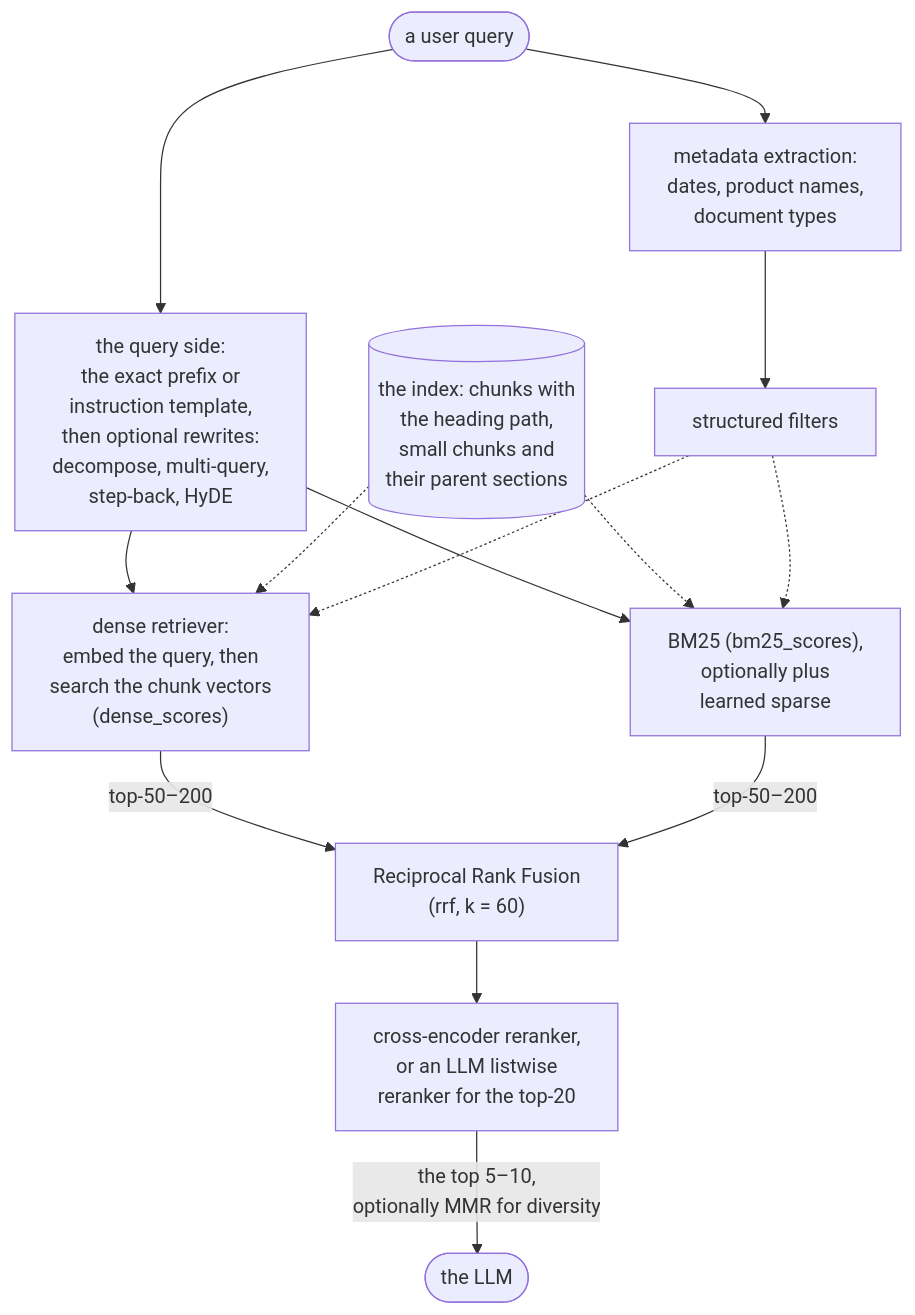
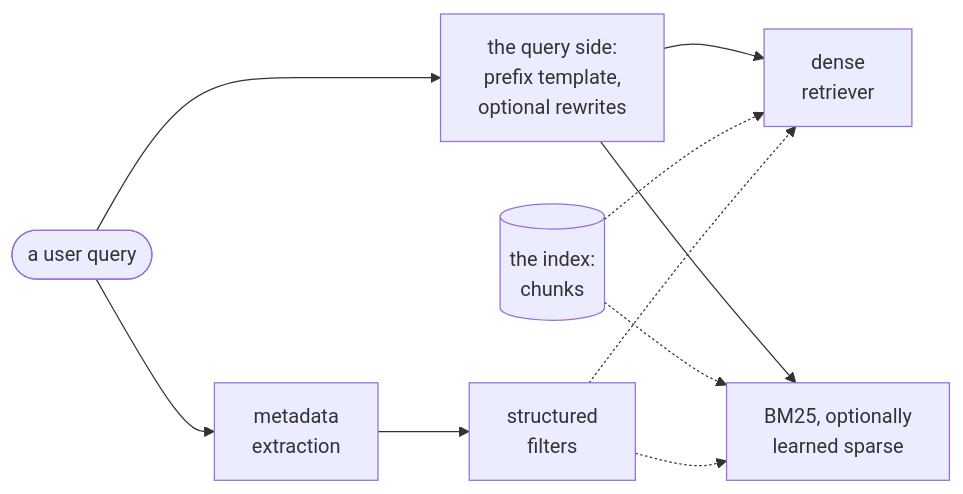
One commit to aniryou/full-stack-agentic-engineer changed the first of 2 diagrams in 07-application-agent-framework/retrieval-rag/embeddings-lab/docs/primer.md. Above: the diagram before and after it, drawn with Mermaid. The commit also changed other lines of this file and 633 other files, not shown here.

First line of the commit message:
Accessible language and one-screen figures, part 1: every figure fits a screen, the STE second pass over the layers (#53)

````diff
--- a/07-application-agent-framework/retrieval-rag/embeddings-lab/docs/primer.md
+++ b/07-application-agent-framework/retrieval-rag/embeddings-lab/docs/primer.md
@@ -468,17 +468,13 @@
 ```mermaid
-flowchart TB
-  Q([a user query]) --> T["the query side:<br/>the exact prefix or<br/>instruction template,<br/>then optional rewrites:<br/>decompose, multi-query,<br/>step-back, HyDE"]
-  Q --> X["metadata extraction:<br/>dates, product names,<br/>document types"]
-  X --> FL["structured filters"]
-  CH[("the index: chunks with<br/>the heading path,<br/>small chunks and<br/>their parent sections")]
-  T --> DE["dense retriever:<br/>embed the query, then<br/>search the chunk vectors<br/>(dense_scores)"]
-  T --> BM["BM25 (bm25_scores),<br/>optionally plus<br/>learned sparse"]
+flowchart LR
+  Q([a user query]) --> T["the query side:<br/>prefix template,<br/>optional rewrites"]
+  Q --> X["metadata<br/>extraction"]
+  X --> FL["structured<br/>filters"]
+  CH[("the index:<br/>chunks")]
+  T --> DE["dense<br/>retriever"]
+  T --> BM["BM25, optionally<br/>learned sparse"]
   CH -.-> DE
   CH -.-> BM
   FL -.-> DE
   FL -.-> BM
-  DE -->|"top-50–200"| RRF["Reciprocal Rank Fusion<br/>(rrf, k = 60)"]
-  BM -->|"top-50–200"| RRF
-  RRF --> RE["cross-encoder reranker,<br/>or an LLM listwise<br/>reranker for the top-20"]
-  RE -->|"the top 5–10,<br/>optionally MMR for diversity"| LLM([the LLM])
 ```
````
